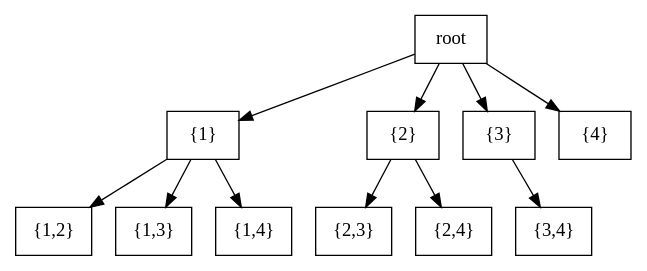
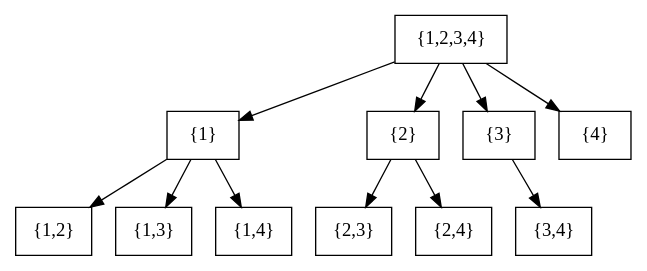
Before and after one commit to pangyouzhen/data-structure: the diagram in base/backtracking/77.dot, drawn with Graphviz. The commit also changed 8 other files, not shown here.

```diff
--- a/base/backtracking/77.dot
+++ b/base/backtracking/77.dot
@@ -1,15 +1,15 @@
 digraph G {
     node [shape = "box",];
     {
-    "root" -> "{1}";
+    "{1,2,3,4}" -> "{1}";
     "{1}" -> "{1,2}";
     "{1}" -> "{1,3}";
     "{1}" -> "{1,4}";
-    "root" -> "{2}";
+    "{1,2,3,4}" -> "{2}";
     "{2}" -> "{2,3}";
     "{2}" -> "{2,4}";
-    "root" -> "{3}";
+    "{1,2,3,4}" -> "{3}";
     "{3}" -> "{3,4}";
-    "root" -> "{4}";
+    "{1,2,3,4}" -> "{4}";
     }
 }
```
